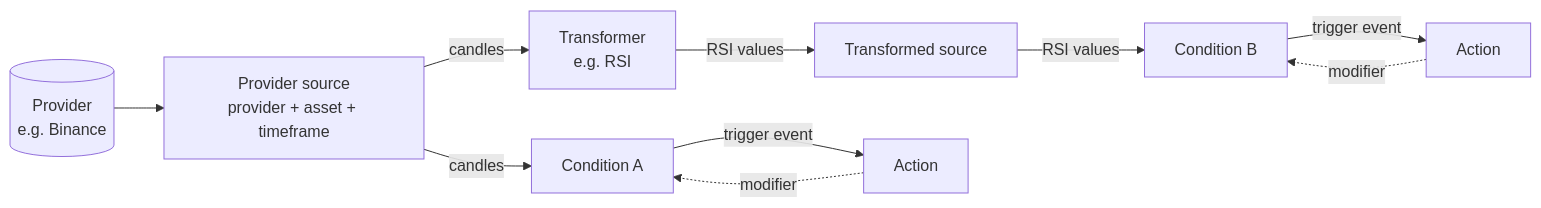
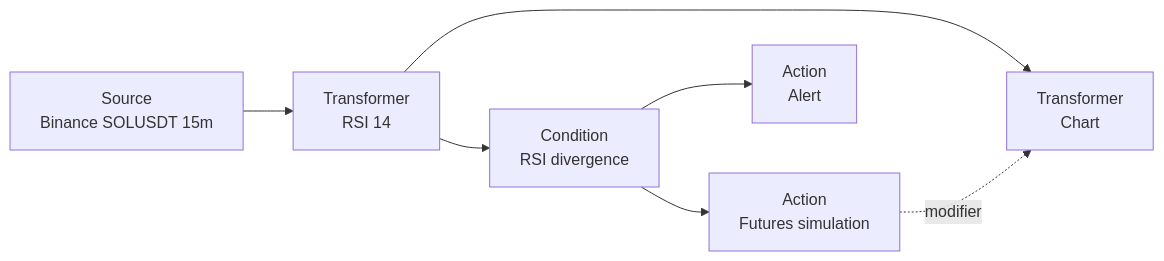
One commit to musitdev/ilus changed the diagram in SPECS.md. Above: the diagram before and after it, drawn with Mermaid. The commit also changed other lines of this file, not shown here.

Commit message:
SPECS: graph executor design (graph, ticks, running modes, sync entities, async actions)

````diff
--- a/SPECS.md
+++ b/SPECS.md
@@ -50,12 +57,9 @@
 ```mermaid
 flowchart LR
-  P[(Provider<br/>e.g. Binance)] --> S[Provider source<br/>provider + asset + timeframe]
-  S -- candles --> T[Transformer<br/>e.g. RSI]
-  T -- RSI values --> TS[Transformed source]
-  S -- candles --> C1[Condition A]
-  TS -- RSI values --> C2[Condition B]
-  C1 -- trigger event --> A1[Action]
-  C2 -- trigger event --> A2[Action]
-  A1 -. modifier .-> C1
-  A2 -. modifier .-> C2
+  S[Source<br/>Binance SOLUSDT 15m] --> R[Transformer<br/>RSI 14]
+  R --> C[Condition<br/>RSI divergence]
+  R --> G[Transformer<br/>Chart]
+  C --> A1[Action<br/>Futures simulation]
+  C --> A2[Action<br/>Alert]
+  A1 -. modifier .-> G
 ```
````
